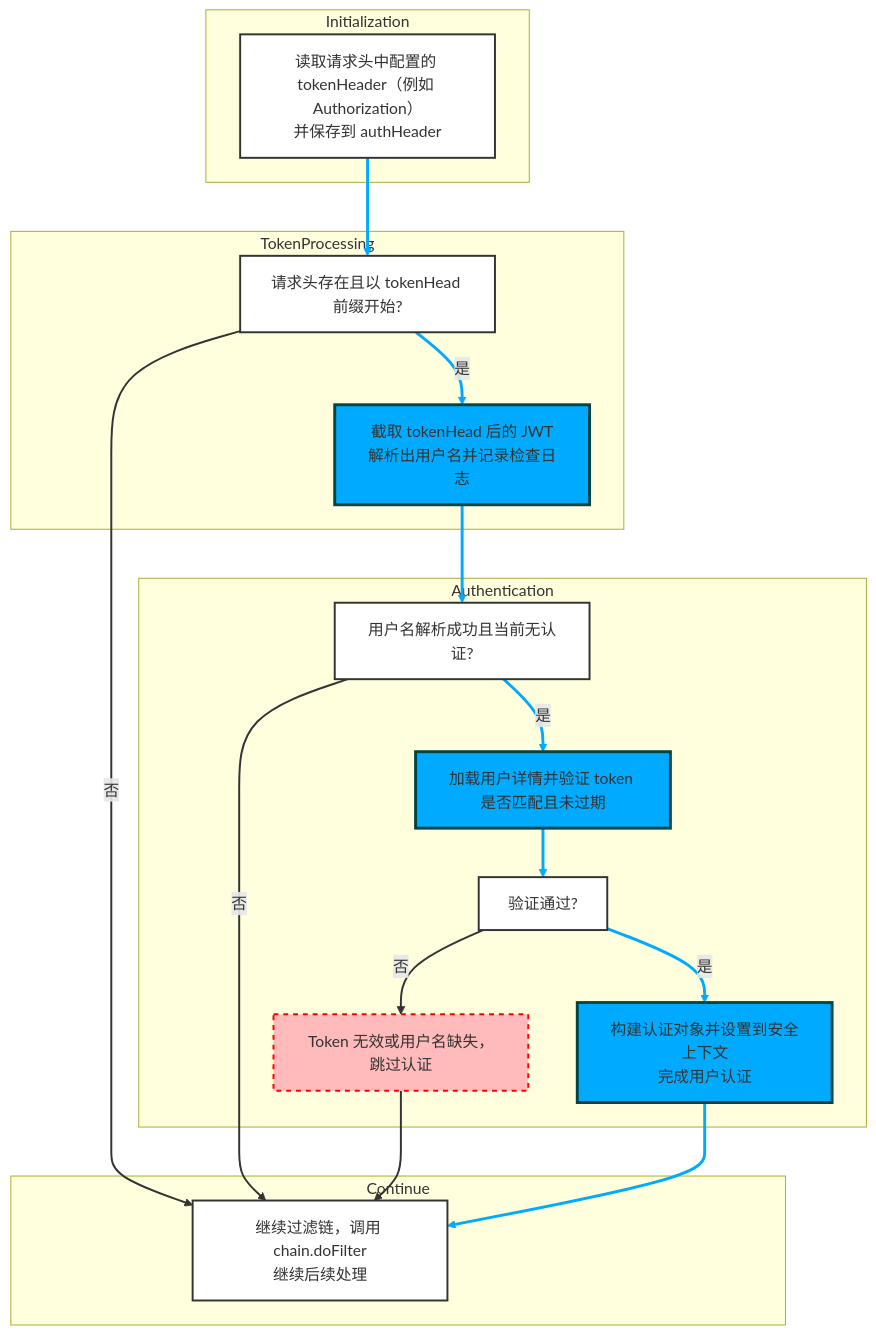
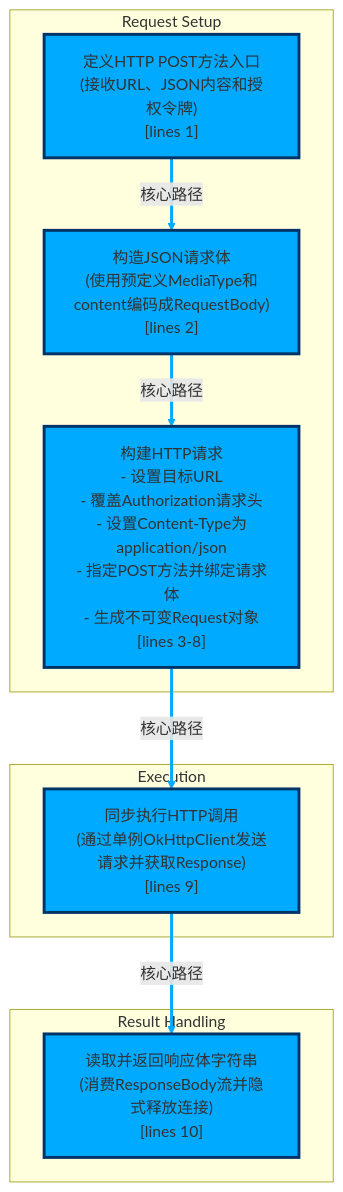
Before and after one commit to gyyggyg/java_wiki: the diagram in graph/cfg_mermaid.md, drawn with Mermaid. The commit also changed other lines of this file and 36 other files, not shown here.

````diff
--- a/graph/cfg_mermaid.md
+++ b/graph/cfg_mermaid.md
@@ -1,70 +1,43 @@
 ```mermaid
-flowchart TB
+flowchart TD
     direction TB
-    subgraph Initialization
-        A1["读取请求头中配置的 tokenHeader（例如 Authorization）\n并保存到 authHeader"]
-        style A1 fill:#fff,stroke:#333,stroke-width:2px
+
+    subgraph RequestSetup[Request Setup]
+        A1["定义HTTP POST方法入口
+(接收URL、JSON内容和授权令牌)\n[lines 1]"]
+        style A1 fill:#0af,stroke:#003366,stroke-width:3px
+
+        A2["构造JSON请求体
+(使用预定义MediaType和content编码成RequestBody)\n[lines 2]"]
+        style A2 fill:#0af,stroke:#003366,stroke-width:3px
+
+        A3["构建HTTP请求
+- 设置目标URL
+- 覆盖Authorization请求头
+- 设置Content-Type为application/json
+- 指定POST方法并绑定请求体
+- 生成不可变Request对象\n[lines 3-8]"]
+        style A3 fill:#0af,stroke:#003366,stroke-width:3px
     end
 
-    subgraph TokenProcessing
-        D1["请求头存在且以 tokenHead 前缀开始?"]
-        style D1 fill:#fff,stroke:#333,stroke-width:2px,shape:diamond
-
-        A2["截取 tokenHead 后的 JWT\n解析出用户名并记录检查日志"]
-        style A2 fill:#0af,stroke:#044,stroke-width:3px
+    subgraph Execution[Execution]
+        B1["同步执行HTTP调用
+(通过单例OkHttpClient发送请求并获取Response)\n[lines 9]"]
+        style B1 fill:#0af,stroke:#003366,stroke-width:3px
     end
 
-    subgraph Authentication
-        D2["用户名解析成功且当前无认证?"]
-        style D2 fill:#fff,stroke:#333,stroke-width:2px,shape:diamond
-
-        A3["加载用户详情并验证 token 是否匹配且未过期"]
-        style A3 fill:#0af,stroke:#044,stroke-width:3px
-
-        D3["验证通过?"]
-        style D3 fill:#fff,stroke:#333,stroke-width:2px,shape:diamond
-
-        A4["构建认证对象并设置到安全上下文\n完成用户认证"]
-        style A4 fill:#0af,stroke:#044,stroke-width:3px
-
-        E1["Token 无效或用户名缺失，跳过认证"]
-        style E1 fill:#fbb,stroke:#f00,stroke-width:2px,stroke-dasharray:5 5
+    subgraph ResultHandling[Result Handling]
+        C1["读取并返回响应体字符串
+(消费ResponseBody流并隐式释放连接)\n[lines 10]"]
+        style C1 fill:#0af,stroke:#003366,stroke-width:3px
     end
 
-    subgraph Continue
-        A5["继续过滤链，调用 chain.doFilter\n继续后续处理"]
-        style A5 fill:#fff,stroke:#333,stroke-width:2px
-    end
+    %% Control Flow
+    A1 -->|核心路径| A2
+    A2 -->|核心路径| A3
+    A3 -->|核心路径| B1
+    B1 -->|核心路径| C1
 
-    %% 流向定义
-    A1 --> D1
-    D1 -- 是 --> A2
-    D1 -- 否 --> A5
-
-    A2 --> D2
-    D2 -- 是 --> A3
-    D2 -- 否 --> A5
-
-    A3 --> D3
-    D3 -- 是 --> A4
-    D3 -- 否 --> E1
-
-    E1 --> A5
-    A4 --> A5
-
-    %% 链路样式：关键路径加粗为 3px（主要成功认证流）
-    linkStyle 0 stroke:#0af,stroke-width:3px
-    linkStyle 1 stroke:#0af,stroke-width:3px
-    linkStyle 3 stroke:#0af,stroke-width:3px
-    linkStyle 4 stroke:#0af,stroke-width:3px
-    linkStyle 6 stroke:#0af,stroke-width:3px
-    linkStyle 7 stroke:#0af,stroke-width:3px
-    linkStyle 10 stroke:#0af,stroke-width:3px
-
-    %% 其余路径为默认粗细
-    linkStyle 2 stroke:#333,stroke-width:2px
-    linkStyle 5 stroke:#333,stroke-width:2px
-    linkStyle 8 stroke:#333,stroke-width:2px
-    linkStyle 9 stroke:#333,stroke-width:2px
+    linkStyle 0,1,2,3 stroke-width:3px,stroke:#0af
 
 ```
````
